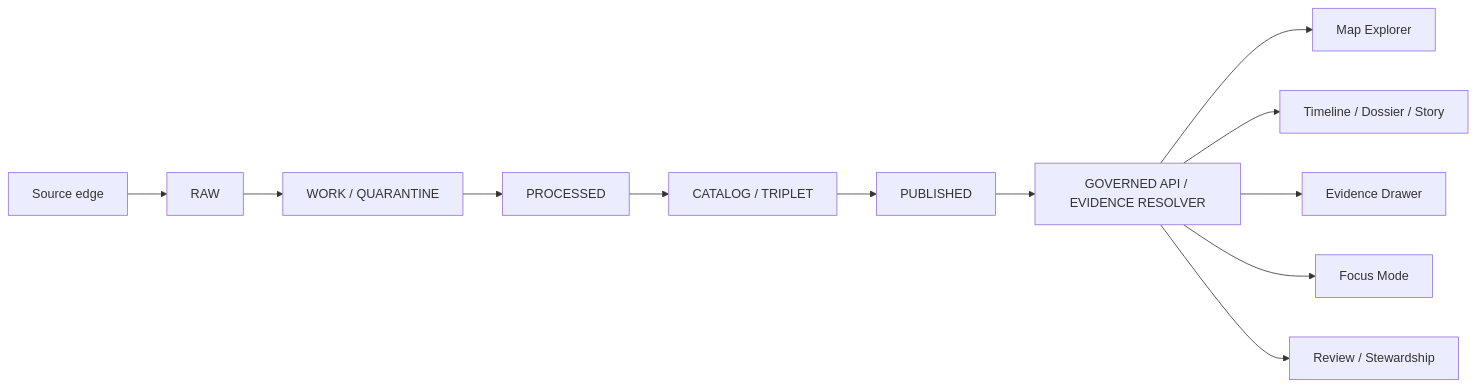
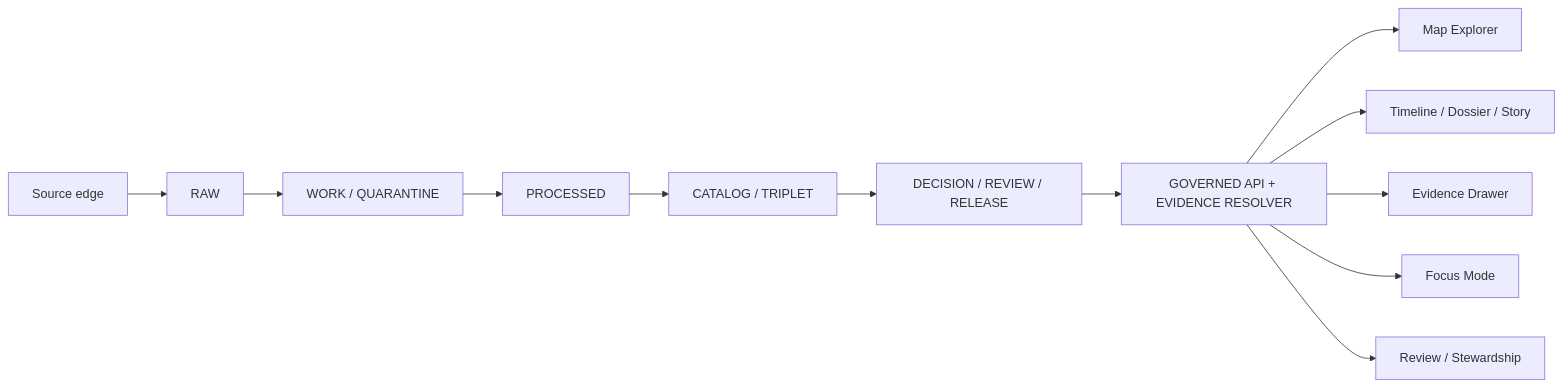
The diagram in README.md (bartytime4life/Kansas-Frontier-Matrix), drawn with Mermaid before and after one commit. The commit also changed other lines of this file, not shown here.

````diff
--- a/README.md
+++ b/README.md
@@ -310,14 +329,14 @@
 ```mermaid
 flowchart LR
     A[Source edge] --> B[RAW]
     B --> C[WORK / QUARANTINE]
     C --> D[PROCESSED]
     D --> E[CATALOG / TRIPLET]
-    E --> F[PUBLISHED]
-    F --> G[GOVERNED API / EVIDENCE RESOLVER]
+    E --> F[DECISION / REVIEW / RELEASE]
+    F --> G[GOVERNED API + EVIDENCE RESOLVER]
     G --> H[Map Explorer]
     G --> I[Timeline / Dossier / Story]
     G --> J[Evidence Drawer]
     G --> K[Focus Mode]
     G --> L[Review / Stewardship]
 ```
````
